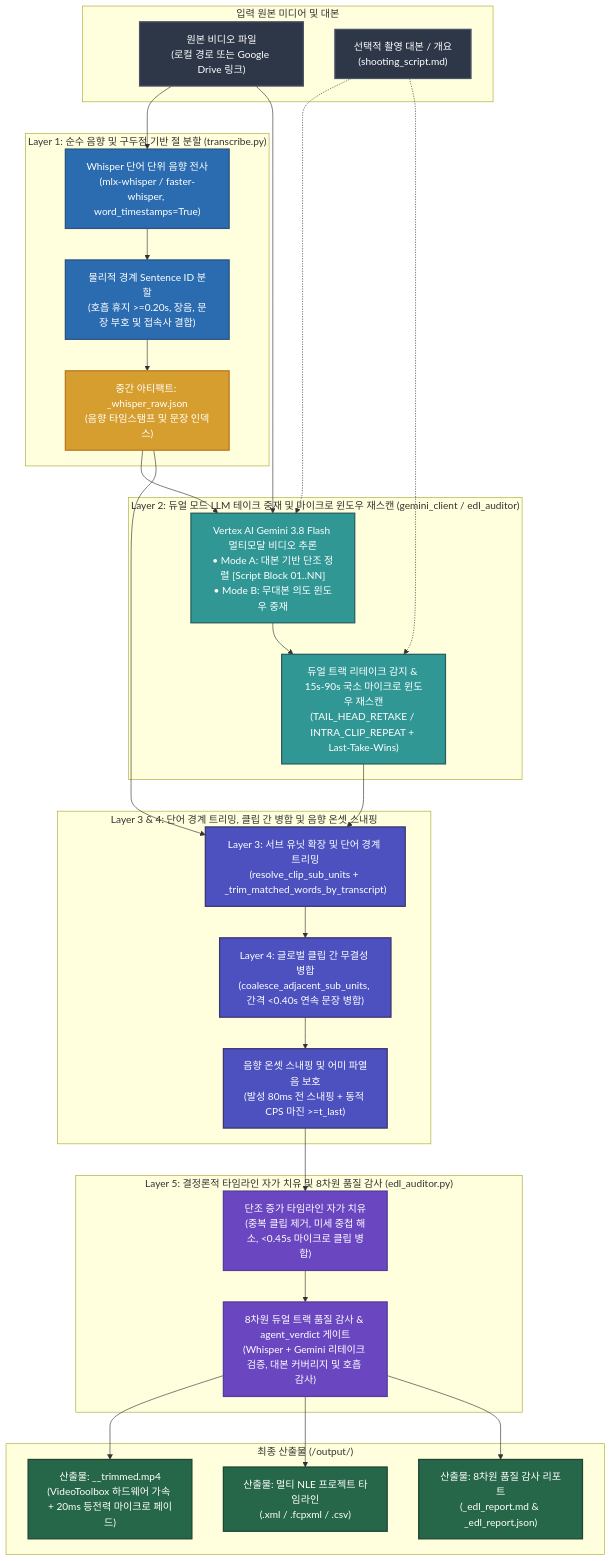
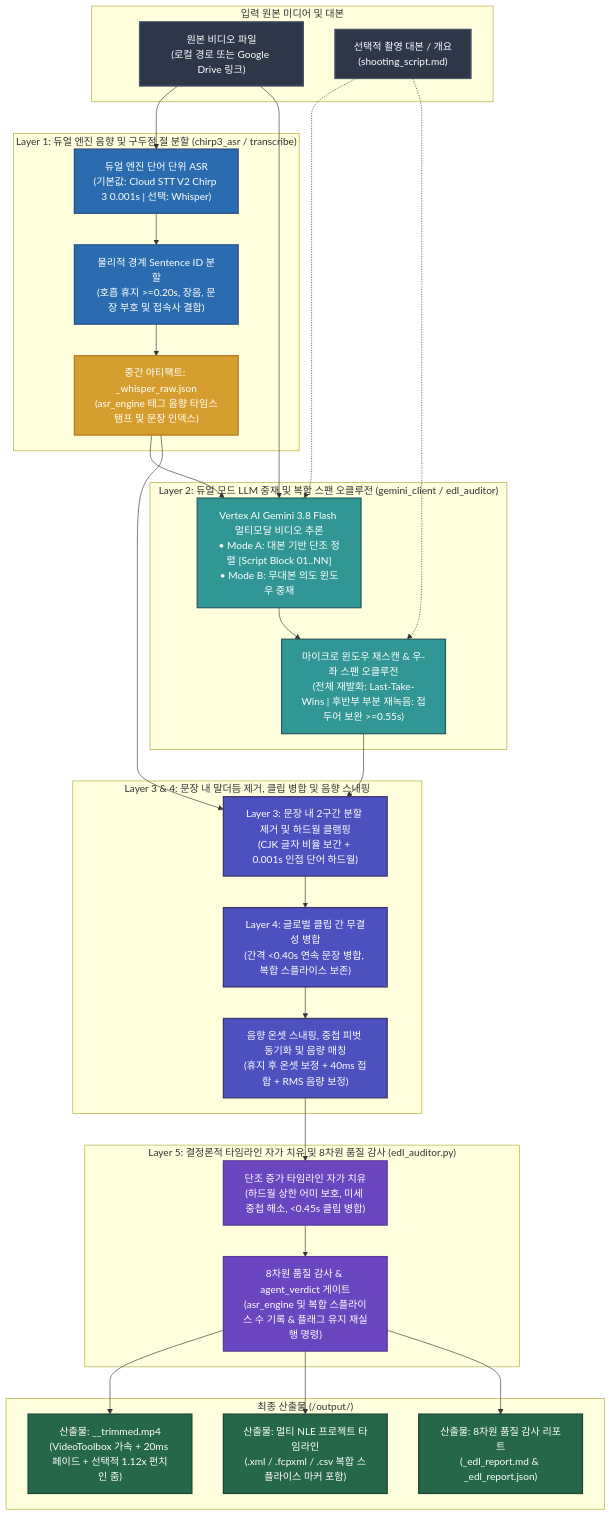
One commit to sylphlin/video-trimmer changed the diagram in README.ko.md. Above: the diagram before and after it, drawn with Mermaid. The commit also changed other lines of this file and 28 other files, not shown here.

Commit message:
feat: add Chirp 3 default ASR, composite pick-up backfill, and coalesced LLM micro-window arbitration

````diff
--- a/README.ko.md
+++ b/README.ko.md
@@ -20,59 +20,59 @@
 ```mermaid
 flowchart TD
     classDef inputStyle fill:#2D3748,stroke:#4A5568,stroke-width:2px,color:#fff;
     classDef stage1Style fill:#2B6CB0,stroke:#2C5282,stroke-width:2px,color:#fff;
     classDef stage2Style fill:#319795,stroke:#285E61,stroke-width:2px,color:#fff;
     classDef stage3Style fill:#4C51BF,stroke:#3C366B,stroke-width:2px,color:#fff;
     classDef stage4Style fill:#6B46C1,stroke:#553C9A,stroke-width:2px,color:#fff;
     classDef artifactStyle fill:#D69E2E,stroke:#B7791F,stroke-width:2px,color:#fff;
     classDef outputStyle fill:#276749,stroke:#1C4532,stroke-width:2px,color:#fff;
 
     subgraph Inputs["입력 원본 미디어 및 대본"]
         IN["원본 비디오 파일<br/>(로컬 경로 또는 Google Drive 링크)"]:::inputStyle
         SC["선택적 촬영 대본 / 개요<br/>(shooting_script.md)"]:::inputStyle
     end
 
-    subgraph L1["Layer 1: 순수 음향 및 구두점 기반 절 분할 (transcribe.py)"]
-        W_ASR["Whisper 단어 단위 음향 전사<br/>(mlx-whisper / faster-whisper, word_timestamps=True)"]:::stage1Style
+    subgraph L1["Layer 1: 듀얼 엔진 음향 및 구두점 절 분할 (chirp3_asr / transcribe)"]
+        W_ASR["듀얼 엔진 단어 단위 ASR<br/>(기본값: Cloud STT V2 Chirp 3 0.001s | 선택: Whisper)"]:::stage1Style
         S_SEG["물리적 경계 Sentence ID 분할<br/>(호흡 휴지 >=0.20s, 장음, 문장 부호 및 접속사 결합)"]:::stage1Style
-        W_JSON["중간 아티팩트: <basename>_whisper_raw.json<br/>(음향 타임스탬프 및 문장 인덱스)"]:::artifactStyle
+        W_JSON["중간 아티팩트: <basename>_whisper_raw.json<br/>(asr_engine 태그 음향 타임스탬프 및 문장 인덱스)"]:::artifactStyle
         W_ASR --> S_SEG --> W_JSON
     end
 
-    subgraph L2["Layer 2: 듀얼 모드 LLM 테이크 중재 및 마이크로 윈도우 재스캔 (gemini_client / edl_auditor)"]
+    subgraph L2["Layer 2: 듀얼 모드 LLM 중재 및 복합 스팬 오클루전 (gemini_client / edl_auditor)"]
         MODE["Vertex AI Gemini 3.8 Flash 멀티모달 비디오 추론<br/>• Mode A: 대본 기반 단조 정렬 [Script Block 01..NN]<br/>• Mode B: 무대본 의도 윈도우 중재"]:::stage2Style
-        REPAIR["듀얼 트랙 리테이크 감지 & 15s-90s 국소 마이크로 윈도우 재스캔<br/>(TAIL_HEAD_RETAKE / INTRA_CLIP_REPEAT + Last-Take-Wins)"]:::stage2Style
+        REPAIR["마이크로 윈도우 재스캔 & 우-좌 스팬 오클루전<br/>(전체 재발화: Last-Take-Wins | 후반부 부분 재녹음: 접두어 보완 >=0.55s)"]:::stage2Style
         MODE --> REPAIR
     end
 
-    subgraph L3_L4["Layer 3 & 4: 단어 경계 트리밍, 클립 간 병합 및 음향 온셋 스내핑"]
-        L3["Layer 3: 서브 유닛 확장 및 단어 경계 트리밍<br/>(resolve_clip_sub_units + _trim_matched_words_by_transcript)"]:::stage3Style
-        L4["Layer 4: 글로벌 클립 간 무결성 병합<br/>(coalesce_adjacent_sub_units, 간격 <0.40s 연속 문장 병합)"]:::stage3Style
-        AC["음향 온셋 스내핑 및 어미 파열음 보호<br/>(발성 80ms 전 스내핑 + 동적 CPS 마진 >=t_last)"]:::stage3Style
+    subgraph L3_L4["Layer 3 & 4: 문장 내 말더듬 제거, 클립 병합 및 음향 스내핑"]
+        L3["Layer 3: 문장 내 2구간 분할 제거 및 하드월 클램핑<br/>(CJK 글자 비율 보간 + 0.001s 인접 단어 하드월)"]:::stage3Style
+        L4["Layer 4: 글로벌 클립 간 무결성 병합<br/>(간격 <0.40s 연속 문장 병합, 복합 스플라이스 보존)"]:::stage3Style
+        AC["음향 온셋 스내핑, 중첩 피벗 동기화 및 음량 매칭<br/>(휴지 후 온셋 보정 + 40ms 접합 + RMS 음량 보정)"]:::stage3Style
         L3 --> L4 --> AC
     end
 
     subgraph L5["Layer 5: 결정론적 타임라인 자가 치유 및 8차원 품질 감사 (edl_auditor.py)"]
-        SAN["단조 증가 타임라인 자가 치유<br/>(중복 클립 제거, 미세 중첩 해소, <0.45s 마이크로 클립 병합)"]:::stage4Style
-        AUD["8차원 듀얼 트랙 품질 감사 & agent_verdict 게이트<br/>(Whisper + Gemini 리테이크 검증, 대본 커버리지 및 호흡 감사)"]:::stage4Style
+        SAN["단조 증가 타임라인 자가 치유<br/>(하드월 상한 어미 보호, 미세 중첩 해소, <0.45s 클립 병합)"]:::stage4Style
+        AUD["8차원 품질 감사 & agent_verdict 게이트<br/>(asr_engine 및 복합 스플라이스 수 기록 & 플래그 유지 재실행 명령)"]:::stage4Style
         SAN --> AUD
     end
 
     subgraph Deliverables["최종 산출물 (<input_dir>/output/)"]
-        OUT_MP4["산출물: <basename>_<tag>_trimmed.mp4<br/>(VideoToolbox 하드웨어 가속 + 20ms 등전력 마이크로 페이드)"]:::outputStyle
-        OUT_NLE["산출물: 멀티 NLE 프로젝트 타임라인<br/>(.xml / .fcpxml / .csv)"]:::outputStyle
+        OUT_MP4["산출물: <basename>_<tag>_trimmed.mp4<br/>(VideoToolbox 가속 + 20ms 페이드 + 선택적 1.12x 펀치인 줌)"]:::outputStyle
+        OUT_NLE["산출물: 멀티 NLE 프로젝트 타임라인<br/>(.xml / .fcpxml / .csv 복합 스플라이스 마커 포함)"]:::outputStyle
         OUT_REP["산출물: 8차원 품질 감사 리포트<br/>(_edl_report.md & _edl_report.json)"]:::outputStyle
     end
 
     IN --> W_ASR
     IN --> MODE
     SC -.-> MODE
     W_JSON --> MODE
     SC -.-> REPAIR
     REPAIR --> L3
     W_JSON --> L3
     AC --> SAN
     AUD --> OUT_MP4
     AUD --> OUT_NLE
     AUD --> OUT_REP
 ```
````
